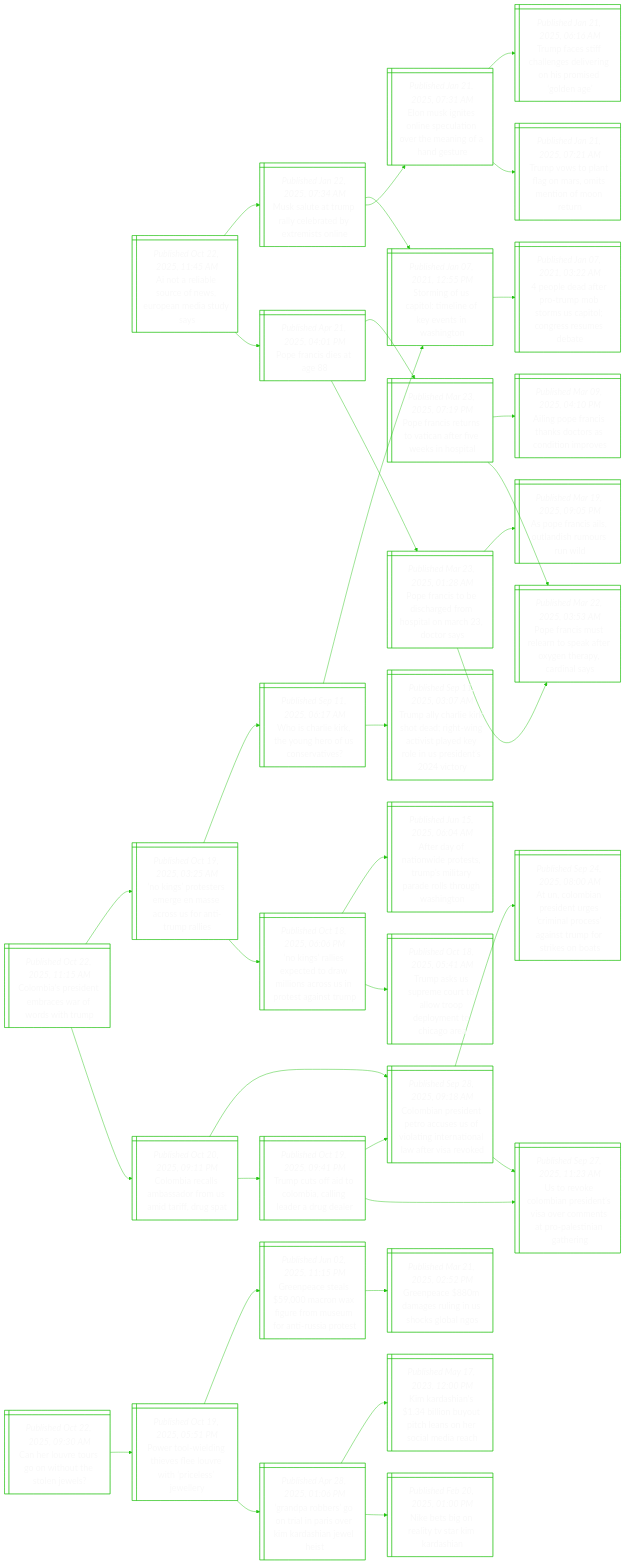
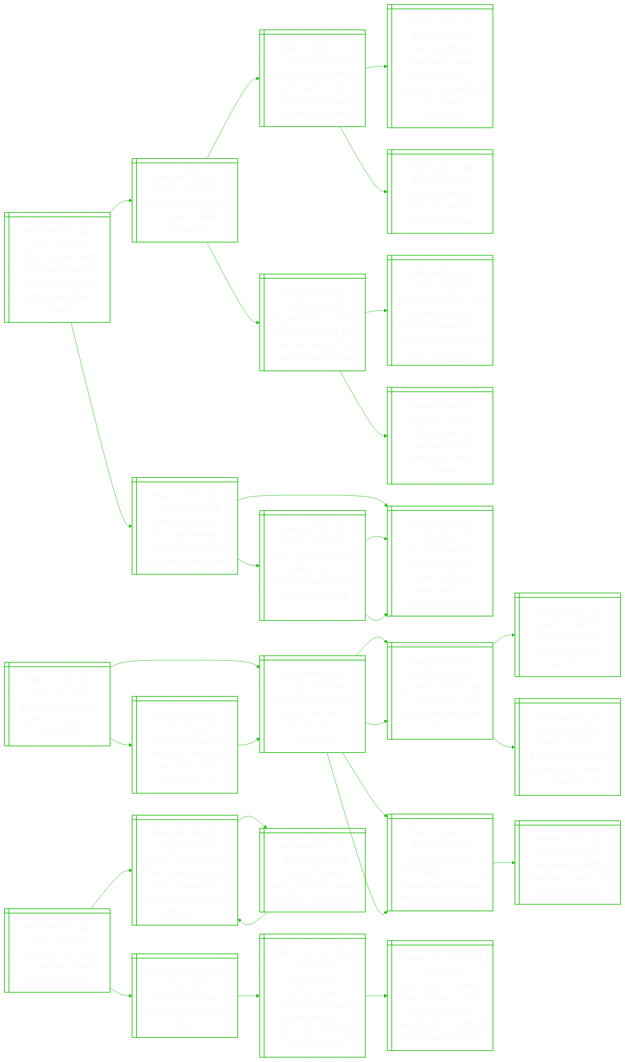
Before and after one commit to notJmes/notJmes: the diagram in README.md, drawn with Mermaid. The commit also changed other lines of this file, not shown here.

````diff
--- a/README.md
+++ b/README.md
@@ -16,97 +16,48 @@
 flowchart LR
 classDef txtsize font-size:20px;
 
-Aaaoospeta@{ shape: win-pane, label: "_Published Oct 22, 2025, 11:45 AM_
-Ai not a reliable source of news, european media study says" }
-Prsa@{ shape: win-pane, label: "_Published Apr 21, 2025, 04:01 PM_
-Pope francis dies at age 88" }
-Prsdafoaaos@{ shape: win-pane, label: "_Published Mar 23, 2025, 01:28 AM_
-Pope francis to be discharged from hospital on march 23, doctor says" }
-Prsrrpfxtpds@{ shape: win-pane, label: "_Published Mar 22, 2025, 03:53 AM_
-Pope francis must relearn to speak after oxygen therapy, cardinal says" }
-Aecllsoud@{ shape: win-pane, label: "_Published Mar 19, 2025, 09:05 PM_
-As pope francis ails, outlandish rumours run wild" }
-PrsrVaeessl@{ shape: win-pane, label: "_Published Mar 23, 2025, 07:19 PM_
-Pope francis returns to vatican after five weeks in hospital" }
-Prsrrpfxtpds@{ shape: win-pane, label: "_Published Mar 22, 2025, 03:53 AM_
-Pope francis must relearn to speak after oxygen therapy, cardinal says" }
-AgFincadno@{ shape: win-pane, label: "_Published Mar 09, 2025, 04:10 PM_
-Ailing pope francis thanks doctors as condition improves" }
-Maamleexin@{ shape: win-pane, label: "_Published Jan 22, 2025, 07:34 AM_
-Musk salute at trump rally celebrated by extremists online" }
-Eunoeuoregas@{ shape: win-pane, label: "_Published Jan 21, 2025, 07:31 AM_
-Elon musk ignites online speculation over the meaning of a hand gesture" }
-TvotossiMe@{ shape: win-pane, label: "_Published Jan 21, 2025, 07:21 AM_
-Trump vows to plant flag on mars, omits mention of moon return" }
-Tfscedeopslg@{ shape: win-pane, label: "_Published Jan 21, 2025, 06:16 AM_
-Trump faces stiff challenges delivering on his promised ‘golden age’" }
-SiUiinenWn@{ shape: win-pane, label: "_Published Jan 07, 2021, 12:55 PM_
-Storming of us capitol: timeline of key events in washington" }
-peapubmalrest@{ shape: win-pane, label: "_Published Jan 07, 2021, 03:22 AM_
-4 people dead after pro-trump mob storms us capitol; congress resumes debate" }
+Bsiirospcnidiar@{ shape: win-pane, label: "_Published Oct 22, 2025, 03:40 PM_
+British patient with parkinson’s disease plays clarinet while undergoing brain surgery" }
+Ugprsadrl@{ shape: win-pane, label: "_Published May 20, 2025, 08:10 AM_
+Us surgeons perform first human bladder transplant" }
+Bnhdwstosntre@{ shape: win-pane, label: "_Published May 16, 2025, 06:52 AM_
+Baby in us is healed with world’s first personalised gene-editing treatment" }
+Sohuregebitdoect@{ shape: win-pane, label: "_Published Oct 20, 2024, 12:00 PM_
+She thought her daughter’s sweet fragrance was a blessing; it turned out to be a deadly condition" }
+Bbebsootsr@{ shape: win-pane, label: "_Published Nov 30, 2024, 12:00 PM_
+Boils, blisters on baby’s skin point to genetic disorder" }
+Aalwiurdegnlrn@{ shape: win-pane, label: "_Published Mar 26, 2025, 08:11 AM_
+Australian lives with titanium heart for 105 days before getting implant from donor" }
+OesacrfrernSoaage@{ shape: win-pane, label: "_Published Mar 24, 2025, 11:25 PM_
+Over 100 seniors with advanced cardiac failure benefit from tan tock seng hospital rehab programme" }
+Ergreeorte@{ shape: win-pane, label: "_Published Jan 20, 2025, 05:00 AM_
+Electrosurgery provides more options for heart patients" }
+Peoamogorigfu@{ shape: win-pane, label: "_Published Mar 29, 2025, 10:15 AM_
+Praise for hospital team performing outdoor surgery in bangkok after quake" }
+OiaeqsenonBoH@{ shape: win-pane, label: "_Published Mar 28, 2025, 02:47 PM_
+Over 153 killed as powerful quake strikes myanmar, sows panic in bangkok and hanoi" }
+Wetiosnrniecie@{ shape: win-pane, label: "_Published Mar 28, 2025, 06:42 PM_
+‘we have to get out’: singaporeans in bangkok recount their experience during tremors" }
+OiaeqsenonBoH@{ shape: win-pane, label: "_Published Mar 28, 2025, 02:47 PM_
+Over 153 killed as powerful quake strikes myanmar, sows panic in bangkok and hanoi" }
+OiaeqsenonBoH@{ shape: win-pane, label: "_Published Mar 28, 2025, 02:47 PM_
+Over 153 killed as powerful quake strikes myanmar, sows panic in bangkok and hanoi" }
 
-Aaaoospeta:::txtsize --> Prsa:::txtsize
-Prsa:::txtsize --> Prsdafoaaos:::txtsize
-Prsdafoaaos:::txtsize --> Prsrrpfxtpds:::txtsize
-Prsdafoaaos:::txtsize --> Aecllsoud:::txtsize
-Prsa:::txtsize --> PrsrVaeessl:::txtsize
-PrsrVaeessl:::txtsize --> Prsrrpfxtpds:::txtsize
-PrsrVaeessl:::txtsize --> AgFincadno:::txtsize
-Aaaoospeta:::txtsize --> Maamleexin:::txtsize
-Maamleexin:::txtsize --> Eunoeuoregas:::txtsize
-Eunoeuoregas:::txtsize --> TvotossiMe:::txtsize
-Eunoeuoregas:::txtsize --> Tfscedeopslg:::txtsize
-Maamleexin:::txtsize --> SiUiinenWn:::txtsize
-SiUiinenWn:::txtsize --> peapubmalrest:::txtsize
+Bsiirospcnidiar:::txtsize --> Ugprsadrl:::txtsize
+Ugprsadrl:::txtsize --> Bnhdwstosntre:::txtsize
+Bnhdwstosntre:::txtsize --> Sohuregebitdoect:::txtsize
+Bnhdwstosntre:::txtsize --> Bbebsootsr:::txtsize
+Ugprsadrl:::txtsize --> Aalwiurdegnlrn:::txtsize
+Aalwiurdegnlrn:::txtsize --> OesacrfrernSoaage:::txtsize
+Aalwiurdegnlrn:::txtsize --> Ergreeorte:::txtsize
+Bsiirospcnidiar:::txtsize --> Peoamogorigfu:::txtsize
+Peoamogorigfu:::txtsize --> OiaeqsenonBoH:::txtsize
+Peoamogorigfu:::txtsize --> Wetiosnrniecie:::txtsize
+Wetiosnrniecie:::txtsize --> OiaeqsenonBoH:::txtsize
+Wetiosnrniecie:::txtsize --> OiaeqsenonBoH:::txtsize
 
-CbrebsfsT@{ shape: win-pane, label: "_Published Oct 22, 2025, 11:15 AM_
-Colombia's president embraces war of words with trump" }
-CbcasfStfs@{ shape: win-pane, label: "_Published Oct 20, 2025, 09:11 PM_
-Colombia recalls ambassador from us amid tariff, drug spat" }
-Tcftocndra@{ shape: win-pane, label: "_Published Oct 19, 2025, 09:41 PM_
-Trump cuts off aid to colombia, calling leader a drug dealer" }
-UeCbreiemaPtne@{ shape: win-pane, label: "_Published Sep 27, 2025, 11:23 AM_
-Us to revoke colombian president’s visa over comments at pro-palestinian gathering" }
-CbretcUiittlfiv@{ shape: win-pane, label: "_Published Sep 28, 2025, 09:18 AM_
-Colombian president petro accuses us of violating international law after visa revoked" }
-CbretcUiittlfiv@{ shape: win-pane, label: "_Published Sep 28, 2025, 09:18 AM_
-Colombian president petro accuses us of violating international law after visa revoked" }
-UeCbreiemaPtne@{ shape: win-pane, label: "_Published Sep 27, 2025, 11:23 AM_
-Us to revoke colombian president’s visa over comments at pro-palestinian gathering" }
-Aoienempsiroins@{ shape: win-pane, label: "_Published Sep 24, 2025, 08:00 AM_
-At un, colombian president urges ‘criminal process’ against trump for strikes on boats" }
-NgtrrmasrTre@{ shape: win-pane, label: "_Published Oct 19, 2025, 03:25 AM_
-‘no kings’ protesters emerge en masse across us for anti-trump rallies" }
-NglxerlssneaT@{ shape: win-pane, label: "_Published Oct 18, 2025, 06:06 PM_
-‘no kings’ rallies expected to draw millions across us in protest against trump" }
-TaSeuatdytcr@{ shape: win-pane, label: "_Published Oct 18, 2025, 05:41 AM_
-Trump asks us supreme court to allow troop deployment to chicago area" }
-AdnnpsuiralrWn@{ shape: win-pane, label: "_Published Jun 15, 2025, 06:04 AM_
-After day of nationwide protests, trump’s military parade rolls through washington" }
-WCikoeUst@{ shape: win-pane, label: "_Published Sep 11, 2025, 06:17 AM_
-Who is charlie kirk, the young hero of us conservatives?" }
-TahesegnipdoUstt@{ shape: win-pane, label: "_Published Sep 11, 2025, 03:07 AM_
-Trump ally charlie kirk shot dead; right-wing activist played key role in us president’s 2024 victory" }
-SiUiinenWn@{ shape: win-pane, label: "_Published Jan 07, 2021, 12:55 PM_
-Storming of us capitol: timeline of key events in washington" }
-
-CbrebsfsT:::txtsize --> CbcasfStfs:::txtsize
-CbcasfStfs:::txtsize --> Tcftocndra:::txtsize
-Tcftocndra:::txtsize --> UeCbreiemaPtne:::txtsize
-Tcftocndra:::txtsize --> CbretcUiittlfiv:::txtsize
-CbcasfStfs:::txtsize --> CbretcUiittlfiv:::txtsize
-CbretcUiittlfiv:::txtsize --> UeCbreiemaPtne:::txtsize
-CbretcUiittlfiv:::txtsize --> Aoienempsiroins:::txtsize
-CbrebsfsT:::txtsize --> NgtrrmasrTre:::txtsize
-NgtrrmasrTre:::txtsize --> NglxerlssneaT:::txtsize
-NglxerlssneaT:::txtsize --> TaSeuatdytcr:::txtsize
-NglxerlssneaT:::txtsize --> AdnnpsuiralrWn:::txtsize
-NgtrrmasrTre:::txtsize --> WCikoeUst:::txtsize
-WCikoeUst:::txtsize --> TahesegnipdoUstt:::txtsize
-WCikoeUst:::txtsize --> SiUiinenWn:::txtsize
-
-Crrrnoeee@{ shape: win-pane, label: "_Published Oct 22, 2025, 09:30 AM_
-Can her louvre tours go on without the stolen jewels?" }
+LeertajhA@{ shape: win-pane, label: "_Published Oct 22, 2025, 03:35 PM_
+Louvre reopens for first time after jewel heist: afp" }
 Ptineluiisey@{ shape: win-pane, label: "_Published Oct 19, 2025, 05:51 PM_
 Power tool-wielding thieves flee louvre with ‘priceless’ jewellery" }
 GpboiPoidaes@{ shape: win-pane, label: "_Published Apr 28, 2025, 01:06 PM_
@@ -119,12 +70,46 @@
 Greenpeace steals $59,000 macron wax figure from museum for anti-russia protest" }
 GpmglnolN@{ shape: win-pane, label: "_Published Mar 21, 2025, 02:52 PM_
 Greenpeace $880m damages ruling in us shocks global ngos" }
+WeoLeymotna@{ shape: win-pane, label: "_Published Oct 21, 2025, 07:20 AM_
+Why steal from the louvre? it may have more to do with stones than art" }
+Ptineluiisey@{ shape: win-pane, label: "_Published Oct 19, 2025, 05:51 PM_
+Power tool-wielding thieves flee louvre with ‘priceless’ jewellery" }
+GpboiPoidaes@{ shape: win-pane, label: "_Published Apr 28, 2025, 01:06 PM_
+‘grandpa robbers’ go on trial in paris over kim kardashian jewel heist" }
+Gpssofemmnsrt@{ shape: win-pane, label: "_Published Jun 02, 2025, 11:15 PM_
+Greenpeace steals $59,000 macron wax figure from museum for anti-russia protest" }
 
-Crrrnoeee:::txtsize --> Ptineluiisey:::txtsize
+LeertajhA:::txtsize --> Ptineluiisey:::txtsize
 Ptineluiisey:::txtsize --> GpboiPoidaes:::txtsize
 GpboiPoidaes:::txtsize --> NegaTrah:::txtsize
 GpboiPoidaes:::txtsize --> Kriinucneida:::txtsize
 Ptineluiisey:::txtsize --> Gpssofemmnsrt:::txtsize
 Gpssofemmnsrt:::txtsize --> GpmglnolN:::txtsize
+LeertajhA:::txtsize --> WeoLeymotna:::txtsize
+WeoLeymotna:::txtsize --> Ptineluiisey:::txtsize
+Ptineluiisey:::txtsize --> GpboiPoidaes:::txtsize
+Ptineluiisey:::txtsize --> Gpssofemmnsrt:::txtsize
+
+VlsncyodWH@{ shape: win-pane, label: "_Published Oct 22, 2025, 02:09 PM_
+Vehicle crashes into security gate outside the white house" }
+WeTasit@{ shape: win-pane, label: "_Published Jul 14, 2024, 03:25 PM_
+What we know: trump assassination attempt" }
+SisstttnraIelyev@{ shape: win-pane, label: "_Published Jul 14, 2024, 06:52 AM_
+Shooting was ‘assassination attempt’ on donald trump, says fbi; suspect, 20, killed by secret  service" }
+HwkaTskgntdenrhn@{ shape: win-pane, label: "_Published Jul 14, 2024, 03:20 PM_
+Here’s what’s known about thomas crooks, 20, the gunman identified by the fbi in the trump shooting" }
+TahesegnipdoUstt@{ shape: win-pane, label: "_Published Sep 11, 2025, 03:07 AM_
+Trump ally charlie kirk shot dead; right-wing activist played key role in us president’s 2024 victory" }
+VsaKsirayce@{ shape: win-pane, label: "_Published Sep 11, 2025, 08:59 AM_
+Videos of charlie kirk’s shooting spread rapidly on social media" }
+TahesegnipdoUstt@{ shape: win-pane, label: "_Published Sep 11, 2025, 03:07 AM_
+Trump ally charlie kirk shot dead; right-wing activist played key role in us president’s 2024 victory" }
+
+VlsncyodWH:::txtsize --> WeTasit:::txtsize
+WeTasit:::txtsize --> SisstttnraIelyev:::txtsize
+SisstttnraIelyev:::txtsize --> HwkaTskgntdenrhn:::txtsize
+VlsncyodWH:::txtsize --> TahesegnipdoUstt:::txtsize
+TahesegnipdoUstt:::txtsize --> VsaKsirayce:::txtsize
+VsaKsirayce:::txtsize --> TahesegnipdoUstt:::txtsize
 
 ```
````
